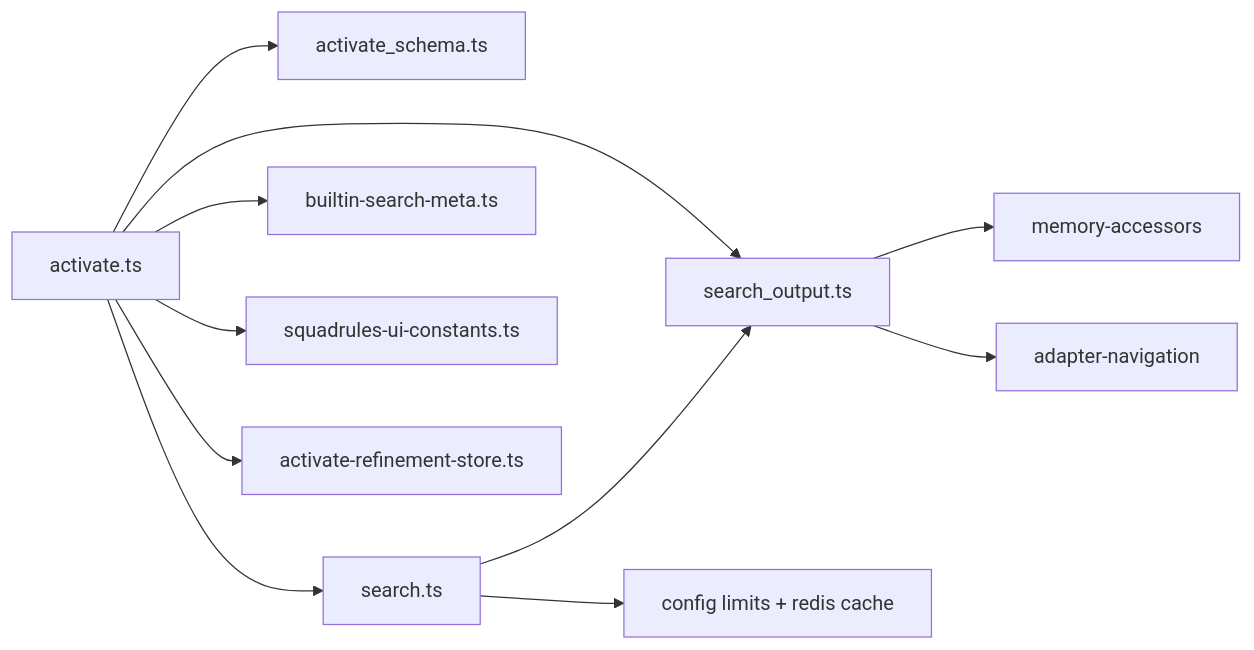
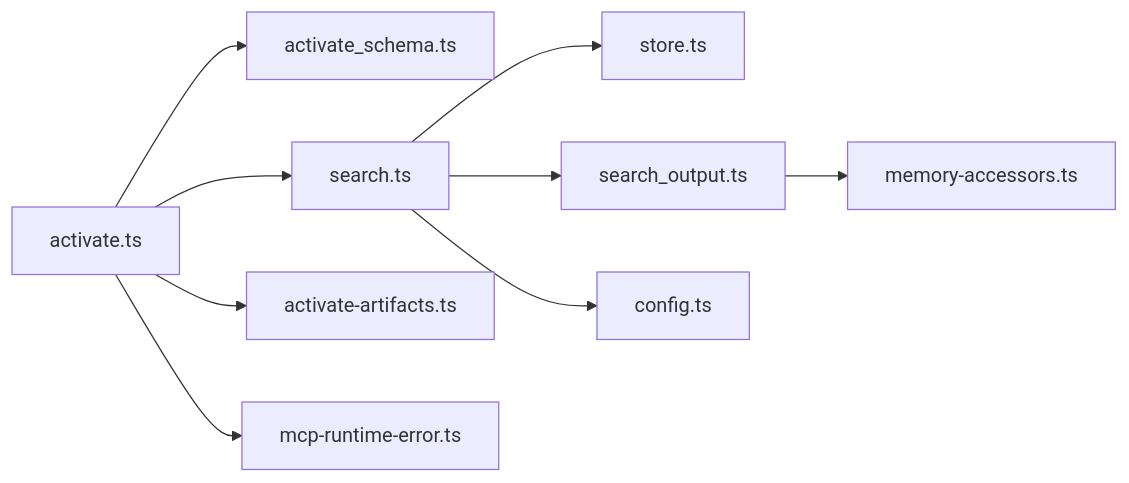
The eighth of 8 diagrams in .qoder/repowiki/en/content/MCP Tools Reference/Activate Tool.md (SquadRules/mcp), drawn with Mermaid before and after one commit. The commit also changed other lines of this file and 553 other files, not shown here.

````diff
--- a/.qoder/repowiki/en/content/MCP Tools Reference/Activate Tool.md
+++ b/.qoder/repowiki/en/content/MCP Tools Reference/Activate Tool.md
@@ -417,13 +423,11 @@
 ```mermaid
 graph LR
 Activate["activate.ts"] --> Schema["activate_schema.ts"]
 Activate --> Search["search.ts"]
-Activate --> Output["search_output.ts"]
-Activate --> Meta["builtin-search-meta.ts"]
-Activate --> UI["squadrules-ui-constants.ts"]
-Activate --> RefineStore["activate-refinement-store.ts"]
-Search --> Output
-Search --> Config["config limits + redis cache"]
-Output --> MemoryAccessors["memory-accessors"]
-Output --> AdapterNavigation["adapter-navigation"]
+Activate --> Artifacts["activate-artifacts.ts"]
+Search --> Store["store.ts"]
+Search --> Output["search_output.ts"]
+Search --> Config["config.ts"]
+Output --> Accessors["memory-accessors.ts"]
+Activate --> RuntimeError["mcp-runtime-error.ts"]
 ```
````
